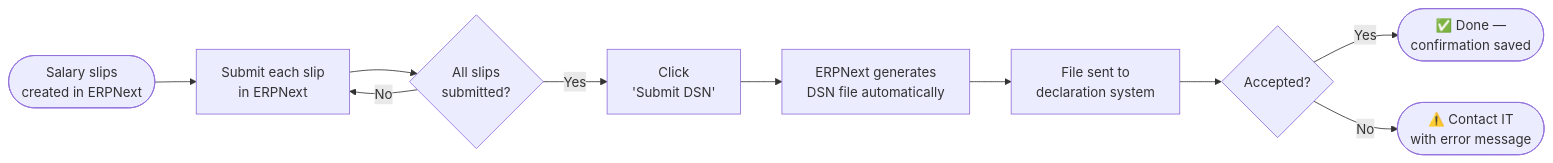
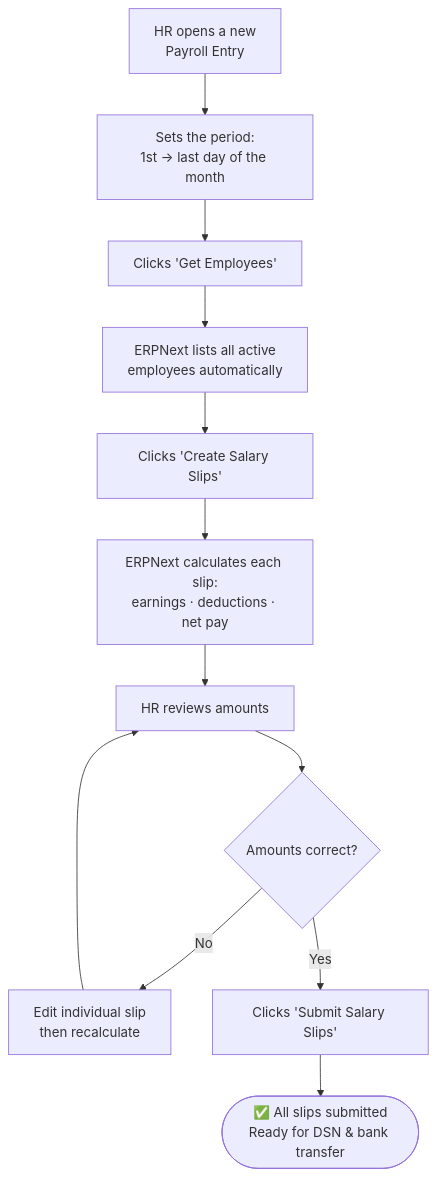
The second of 2 diagrams in docs/developer-platform/28-erpnext-dsn-guide-utilisateur.md (andrelair-platform/minicloud-platform-docs), drawn with Mermaid before and after one commit. The commit also changed other lines of this file, not shown here.

Commit message:
docs(erp): update DSN guide — payment on 17th, full slip generation flow (#83)

````diff
--- a/docs/developer-platform/28-erpnext-dsn-guide-utilisateur.md
+++ b/docs/developer-platform/28-erpnext-dsn-guide-utilisateur.md
@@ -44,12 +72,14 @@
 ```mermaid
-flowchart LR
-    A([Salary slips\ncreated in ERPNext]) --> B[Submit each slip\nin ERPNext]
-    B --> C{All slips\nsubmitted?}
-    C -- No --> B
-    C -- Yes --> D[Click\n'Submit DSN']
-    D --> E[ERPNext generates\nDSN file automatically]
-    E --> F[File sent to\ndeclaration system]
-    F --> G{Accepted?}
-    G -- Yes --> H([✅ Done —\nconfirmation saved])
-    G -- No --> I([⚠️ Contact IT\nwith error message])
+flowchart TD
+    A[HR opens a new\nPayroll Entry] --> B[Sets the period:\n1st → last day of the month]
+    B --> C[Clicks 'Get Employees']
+    C --> D[ERPNext lists all active\nemployees automatically]
+    D --> E[Clicks 'Create Salary Slips']
+    E --> F[ERPNext calculates each slip:\nearnings · deductions · net pay]
+    F --> G[HR reviews amounts]
+    G --> H{Amounts correct?}
+    H -- No --> I[Edit individual slip\nthen recalculate]
+    I --> G
+    H -- Yes --> J[Clicks 'Submit Salary Slips']
+    J --> K([✅ All slips submitted\nReady for DSN & bank transfer])
 ```
````
